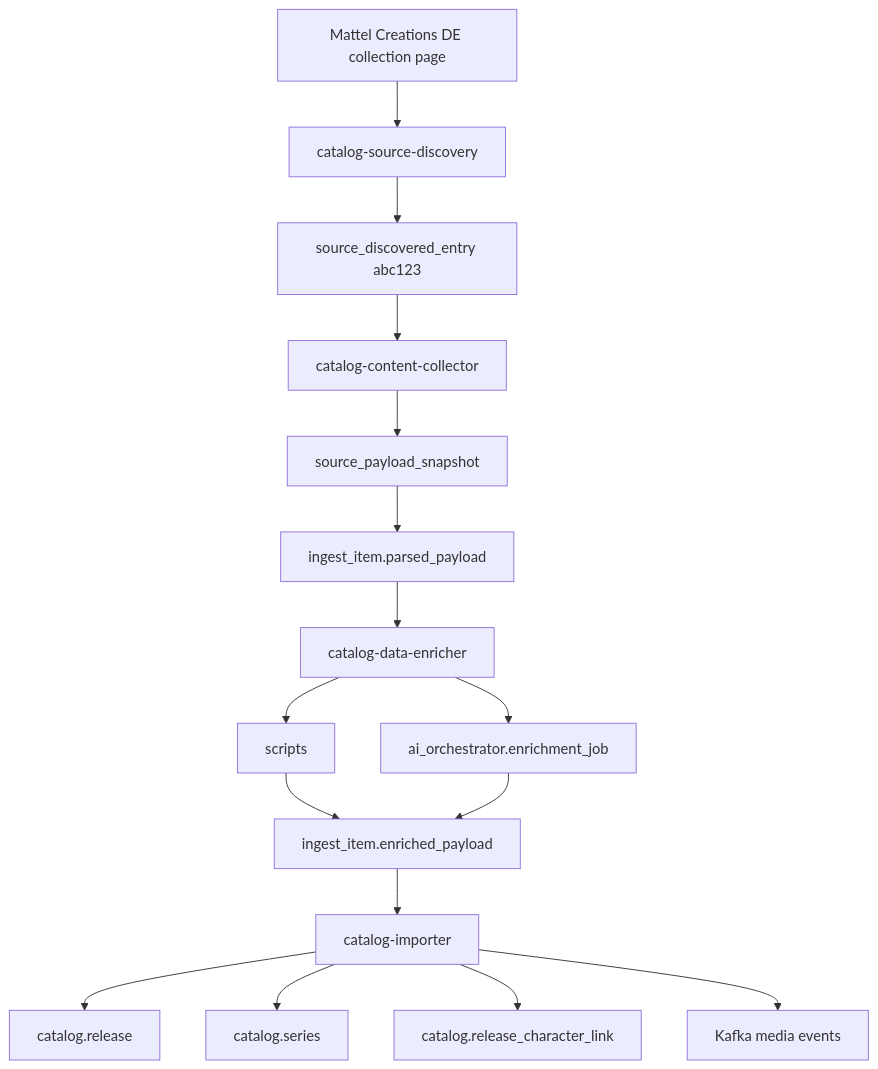
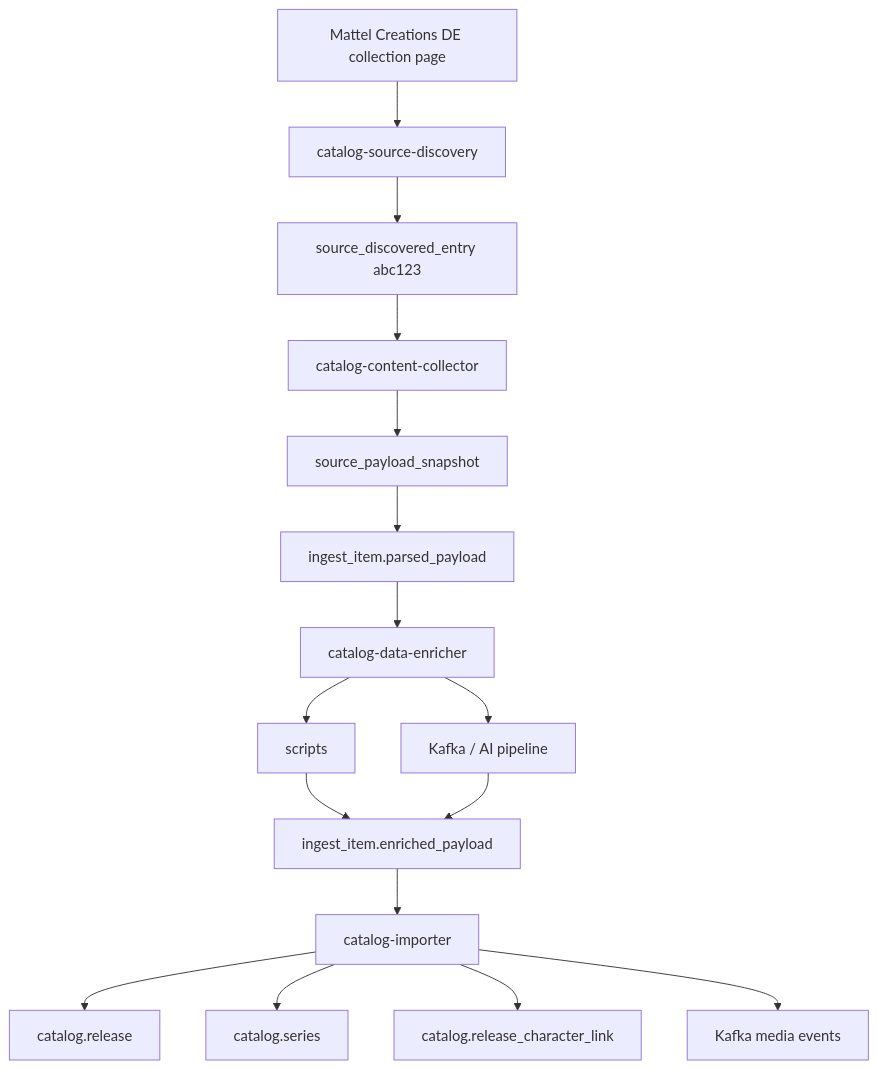
The fourth of 5 diagrams in monstrino-docs/docs/pipelines/data-ingestion/catalog-ingest/overview.md (MafiaCoconut/Monstrino), drawn with Mermaid before and after one commit. The commit also changed other lines of this file and 68 other files, not shown here.

````diff
--- a/monstrino-docs/docs/pipelines/data-ingestion/catalog-ingest/overview.md
+++ b/monstrino-docs/docs/pipelines/data-ingestion/catalog-ingest/overview.md
@@ -409,18 +411,18 @@
 ```mermaid
 flowchart TD
     A[Mattel Creations DE collection page] --> B[catalog-source-discovery]
     B --> C[source_discovered_entry abc123]
     C --> D[catalog-content-collector]
     D --> E[source_payload_snapshot]
     E --> F[ingest_item.parsed_payload]
     F --> G[catalog-data-enricher]
     G --> G1[scripts]
-    G --> G2[ai_orchestrator.enrichment_job]
+    G --> G2[Kafka / AI pipeline]
     G1 --> G3[ingest_item.enriched_payload]
     G2 --> G3
     G3 --> H[catalog-importer]
     H --> I[catalog.release]
     H --> J[catalog.series]
     H --> K[catalog.release_character_link]
     H --> L[Kafka media events]
 ```
````
